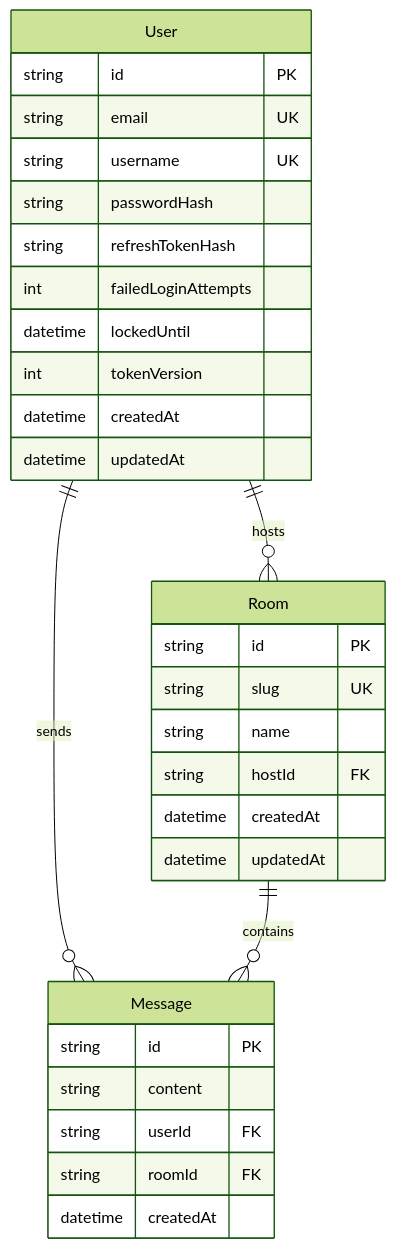
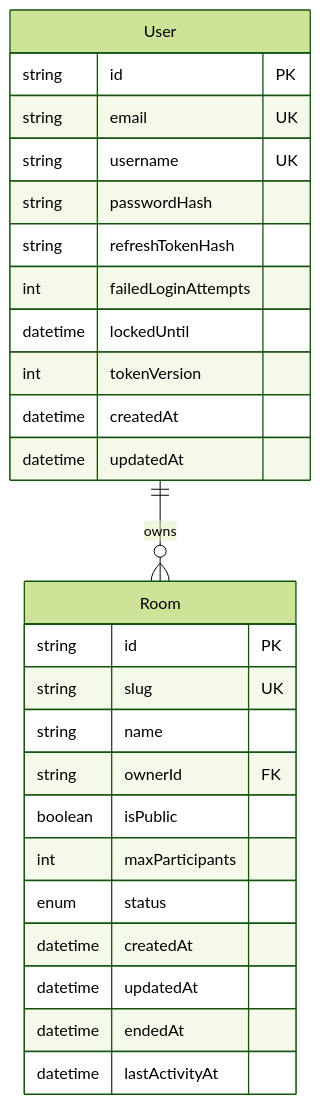
Before and after one commit to YuriFA/zvonOK: the first of 4 diagrams in docs/SDD.md, drawn with Mermaid (forest theme). The commit also changed other lines of this file and 11 other files, not shown here.

````diff
--- a/docs/SDD.md
+++ b/docs/SDD.md
@@ -108,36 +108,40 @@
 ```mermaid
 erDiagram
-    User ||--o{ Room : hosts
-    User ||--o{ Message : sends
-    Room ||--o{ Message : contains
+    User ||--o{ Room : owns
 
     User {
         string id PK
         string email UK
         string username UK
         string passwordHash
         string refreshTokenHash
         int failedLoginAttempts
         datetime lockedUntil
         int tokenVersion
         datetime createdAt
         datetime updatedAt
     }
 
     Room {
         string id PK
         string slug UK
         string name
-        string hostId FK
+        string ownerId FK
+        boolean isPublic
+        int maxParticipants
+        enum status
         datetime createdAt
         datetime updatedAt
+        datetime endedAt
+        datetime lastActivityAt
     }
 
-    Message {
-        string id PK
-        string content
-        string userId FK
-        string roomId FK
-        datetime createdAt
-    }
+    %% Message model to be added in Stage 6 (Chat)
+    %% Message {
+    %%     string id PK
+    %%     string content
+    %%     string userId FK
+    %%     string roomId FK
+    %%     datetime createdAt
+    %% }
 ```
````
